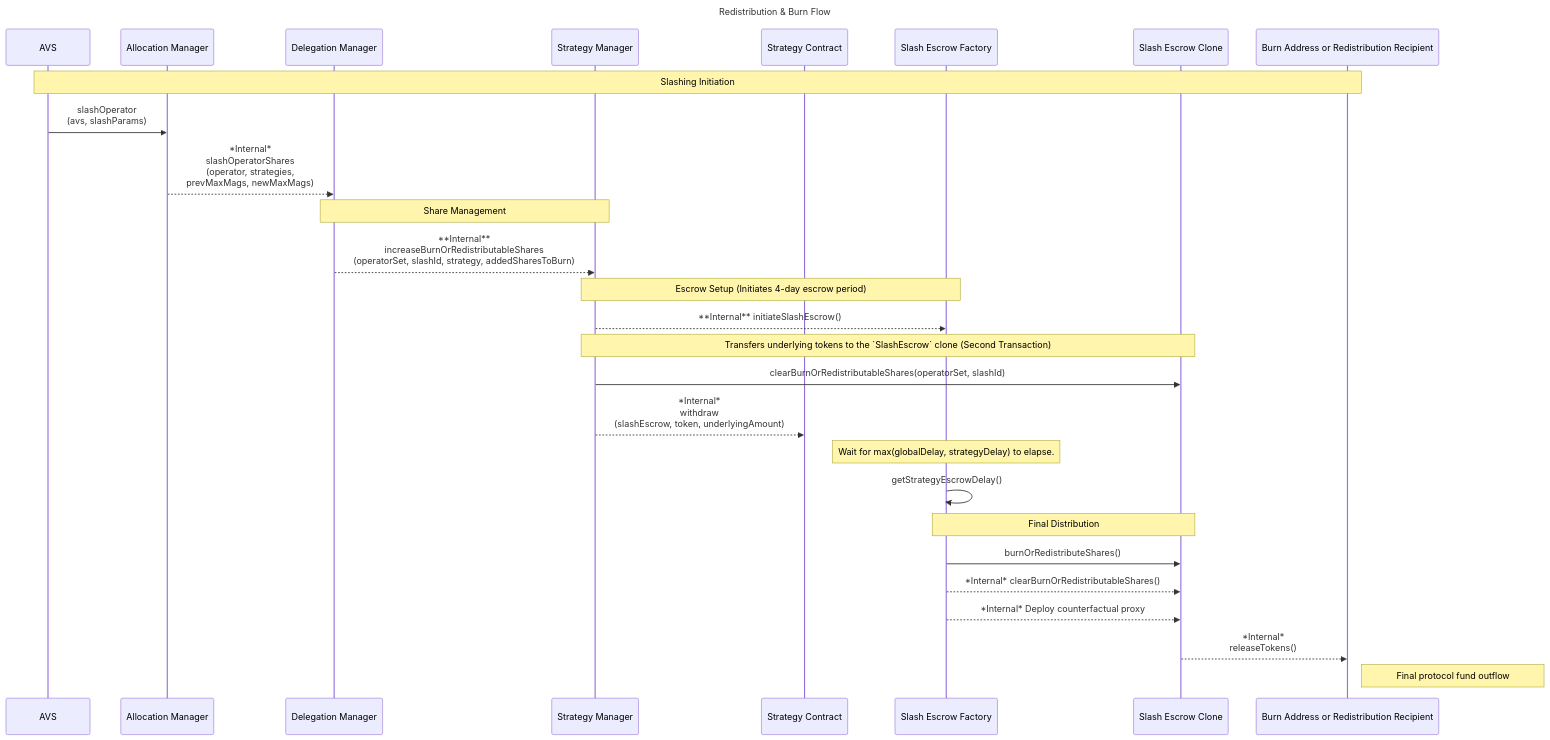
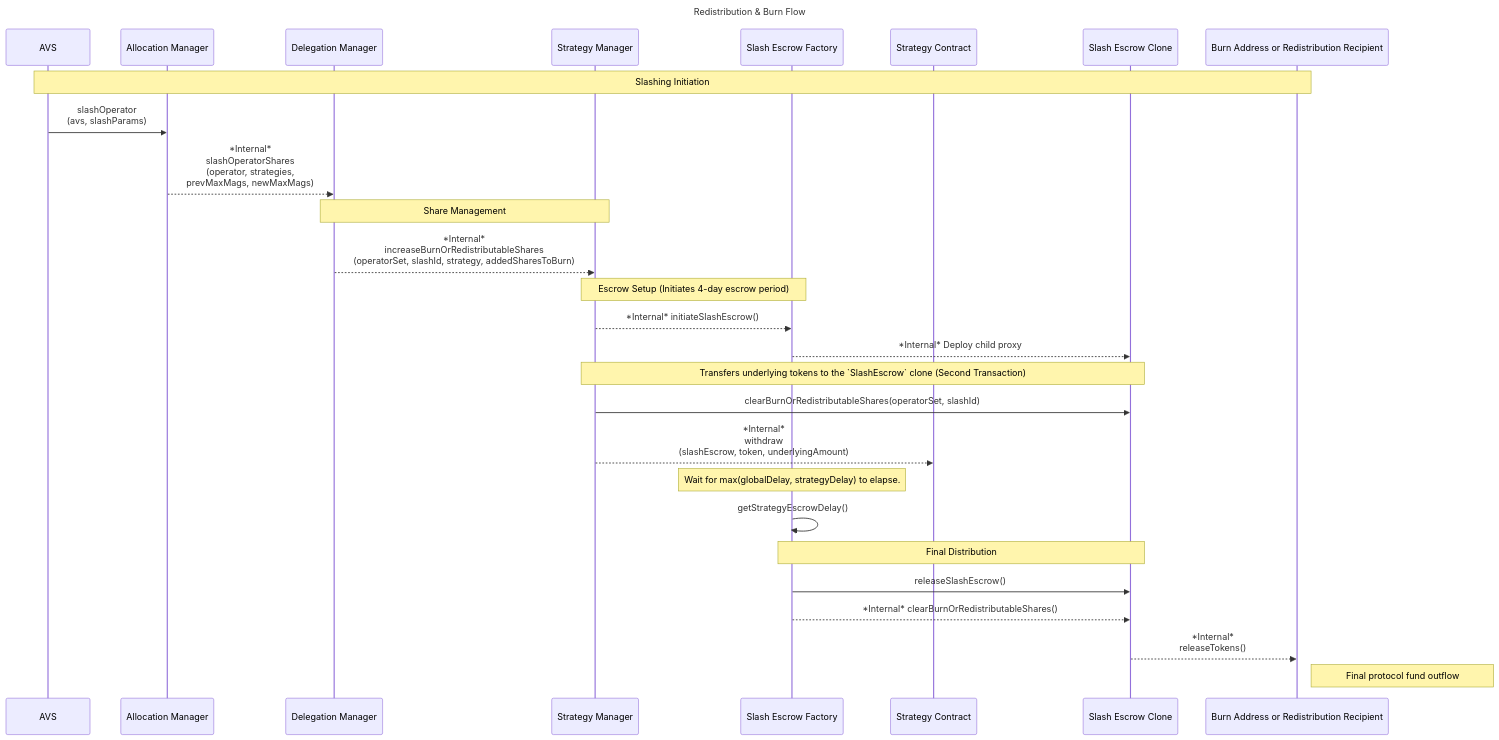
One commit to eigenfoundation/ELIPs changed the diagram in ELIPs/ELIP-006.md. Above: the diagram before and after it, drawn with Mermaid. The commit also changed other lines of this file, not shown here.

Commit message:
final rework - new interfaces, better explanations, new diagram

````diff
--- a/ELIPs/ELIP-006.md
+++ b/ELIPs/ELIP-006.md
@@ -180,35 +222,35 @@
 ```mermaid
 sequenceDiagram
     title Redistribution & Burn Flow
 
     participant AVS as AVS
     participant ALM as Allocation Manager
     participant DM as Delegation Manager
     participant SM as Strategy Manager
+    participant SEF as Slash Escrow Factory
     participant STR as Strategy Contract
-    participant SEF as Slash Escrow Factory
     participant CL as Slash Escrow Clone
     participant BR as Burn Address or Redistribution Recipient
 
     Note over AVS,BR: Slashing Initiation
     AVS->>ALM: slashOperator<br>(avs, slashParams)
     ALM-->>DM: *Internal* <br>slashOperatorShares<br>(operator, strategies,<br> prevMaxMags, newMaxMags)
     Note over DM,SM: Share Management
-    DM-->>SM: **Internal**<br>increaseBurnOrRedistributableShares<br>(operatorSet, slashId, strategy, addedSharesToBurn)
+    DM-->>SM: *Internal*<br>increaseBurnOrRedistributableShares<br>(operatorSet, slashId, strategy, addedSharesToBurn)
     Note over SM,SEF: Escrow Setup (Initiates 4-day escrow period)
-    SM-->>SEF: **Internal** initiateSlashEscrow()
+    SM-->>SEF: *Internal* initiateSlashEscrow()
+    SEF-->>CL: *Internal* Deploy child proxy
     
     Note over SM,CL: Transfers underlying tokens to the `SlashEscrow` clone (Second Transaction)
     SM->>CL: clearBurnOrRedistributableShares(operatorSet, slashId)
     SM-->>STR: *Internal*<br>withdraw<br>(slashEscrow, token, underlyingAmount)
     
     Note over SEF,SEF: Wait for max(globalDelay, strategyDelay) to elapse.
     SEF->>SEF: getStrategyEscrowDelay()
     
     Note over SEF,CL: Final Distribution
-    SEF->>CL: burnOrRedistributeShares()
+    SEF->>CL: releaseSlashEscrow()
     SEF-->>CL: *Internal* clearBurnOrRedistributableShares()
-    SEF-->>CL: *Internal* Deploy counterfactual proxy
     CL-->>BR: *Internal* <br>releaseTokens()
     Note right of BR: Final protocol fund outflow
 ```
````
